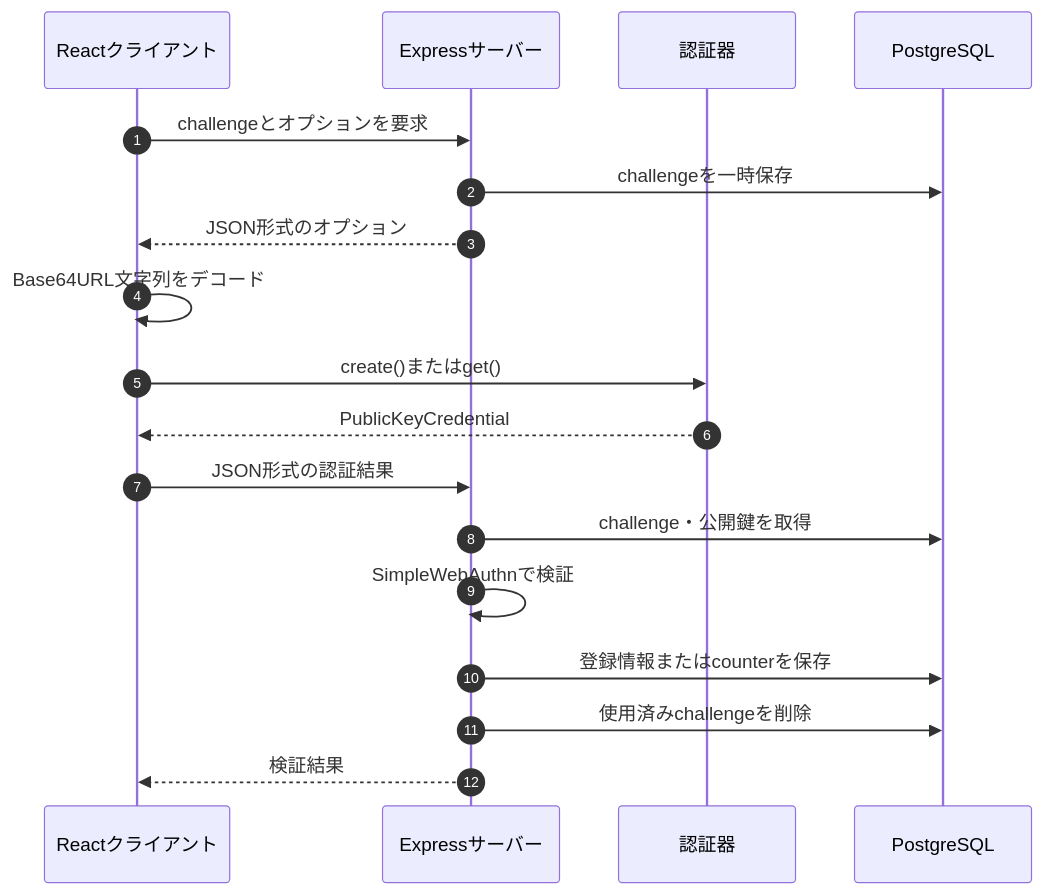
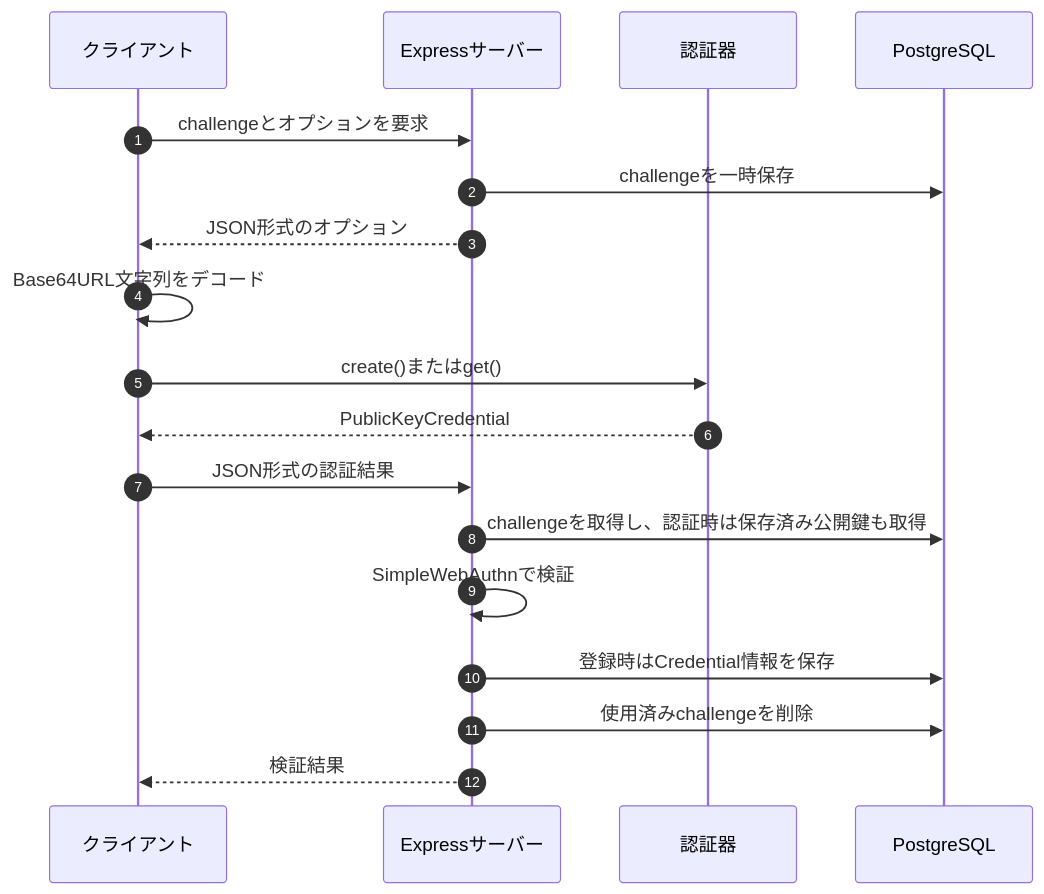
The diagram in passkey-implementation-draft.md (kapitantan/passkey_sandbox), drawn with Mermaid before and after one commit. The commit also changed other lines of this file, not shown here.

````diff
--- a/passkey-implementation-draft.md
+++ b/passkey-implementation-draft.md
@@ -39,21 +46,21 @@
 ```mermaid
 sequenceDiagram
     autonumber
-    participant C as Reactクライアント
+    participant C as クライアント
     participant S as Expressサーバー
     participant A as 認証器
     participant DB as PostgreSQL
 
     C->>S: challengeとオプションを要求
     S->>DB: challengeを一時保存
     S-->>C: JSON形式のオプション
     C->>C: Base64URL文字列をデコード
     C->>A: create()またはget()
     A-->>C: PublicKeyCredential
     C->>S: JSON形式の認証結果
-    S->>DB: challenge・公開鍵を取得
+    S->>DB: challengeを取得し、認証時は保存済み公開鍵も取得
     S->>S: SimpleWebAuthnで検証
-    S->>DB: 登録情報またはcounterを保存
+    S->>DB: 登録時はCredential情報を保存
     S->>DB: 使用済みchallengeを削除
     S-->>C: 検証結果
 ```
````
